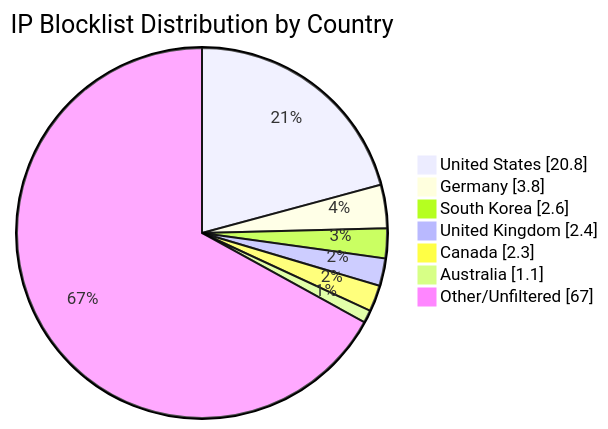
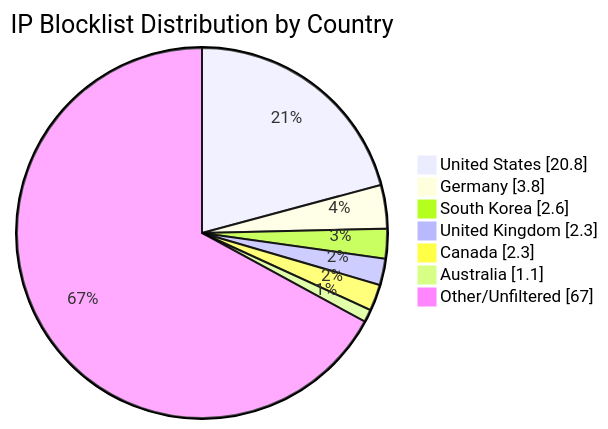
One commit to MarcusHoltz/ipblocklist-geofiltered-aggregator changed the diagram in README.md. Above: the diagram before and after it, drawn with Mermaid. The commit also changed other lines of this file and 9 other files, not shown here.

````diff
--- a/README.md
+++ b/README.md
@@ -34,10 +34,10 @@
 ```mermaid
 pie showData title IP Blocklist Distribution by Country
 "United States" : 20.8
 "Germany" : 3.8
 "South Korea" : 2.6
-"United Kingdom" : 2.4
+"United Kingdom" : 2.3
 "Canada" : 2.3
 "Australia" : 1.1
 "Other/Unfiltered" : 67.0
 ```
````
